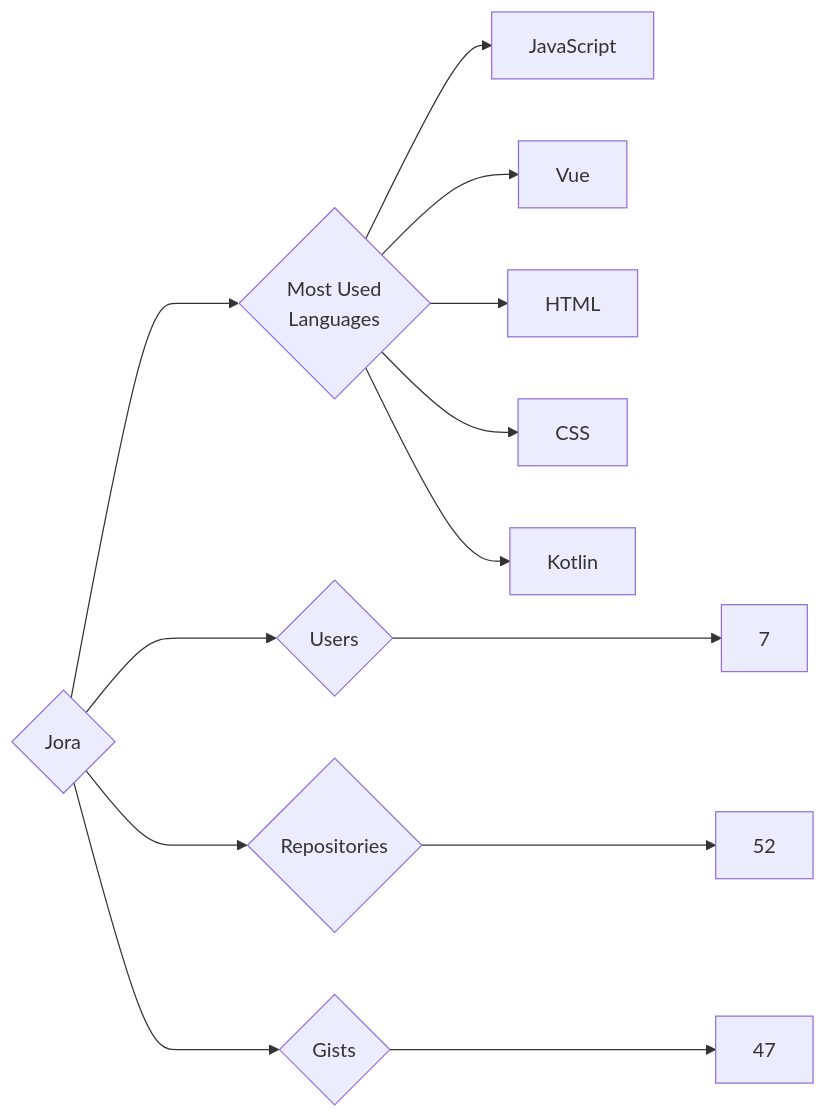
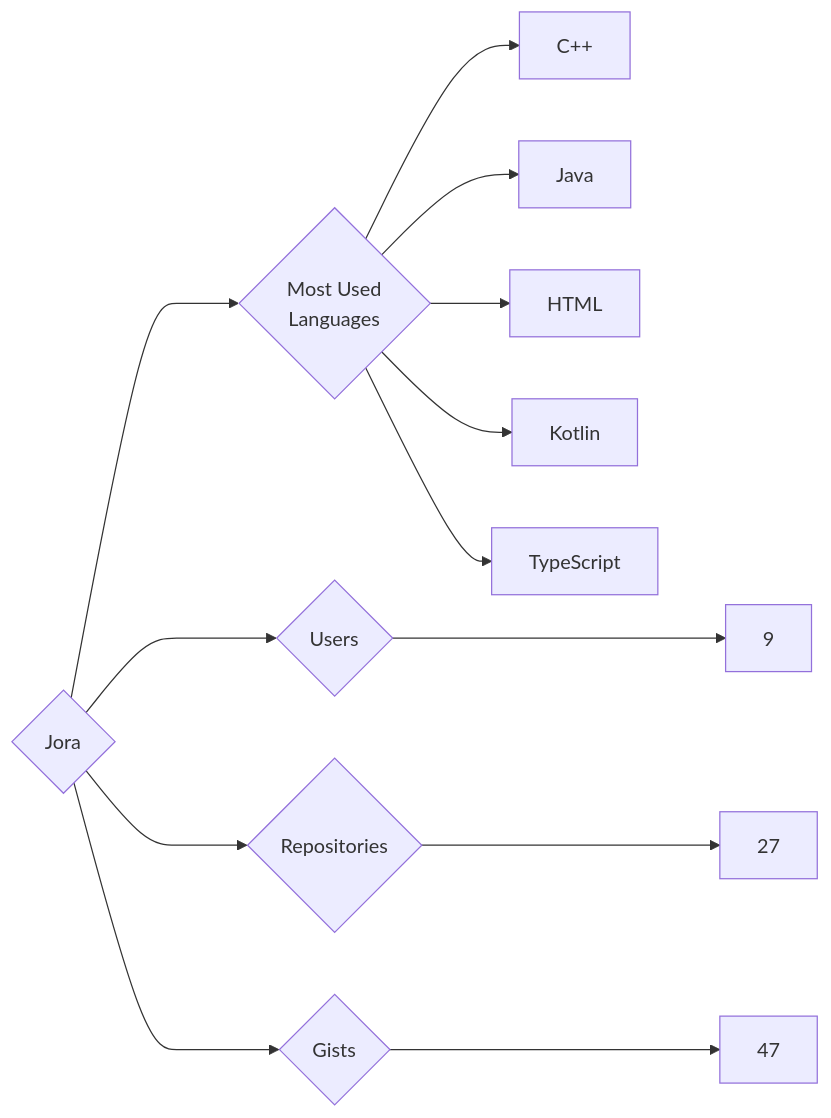
One commit to trickest/insiders changed the diagram in targets/Jora/README.md. Above: the diagram before and after it, drawn with Mermaid. The commit also changed 611 other files, not shown here.

````diff
--- a/targets/Jora/README.md
+++ b/targets/Jora/README.md
@@ -3,13 +3,13 @@
 ```mermaid
 graph LR
 COMPANY_NAME{Jora}
-COMPANY_NAME ---> U{Users} ---> UN[7]
-COMPANY_NAME ---> R{Repositories} ---> RN[52]
+COMPANY_NAME ---> U{Users} ---> UN[9]
+COMPANY_NAME ---> R{Repositories} ---> RN[27]
 COMPANY_NAME ---> G{Gists} ---> GN[47]
 COMPANY_NAME ---> ML{Most Used<br>Languages}
-ML --> JavaScript[JavaScript]
-ML --> Vue[Vue]
+ML --> C++[C++]
+ML --> Java[Java]
 ML --> HTML[HTML]
-ML --> CSS[CSS]
 ML --> Kotlin[Kotlin]
+ML --> TypeScript[TypeScript]
 ```
````
